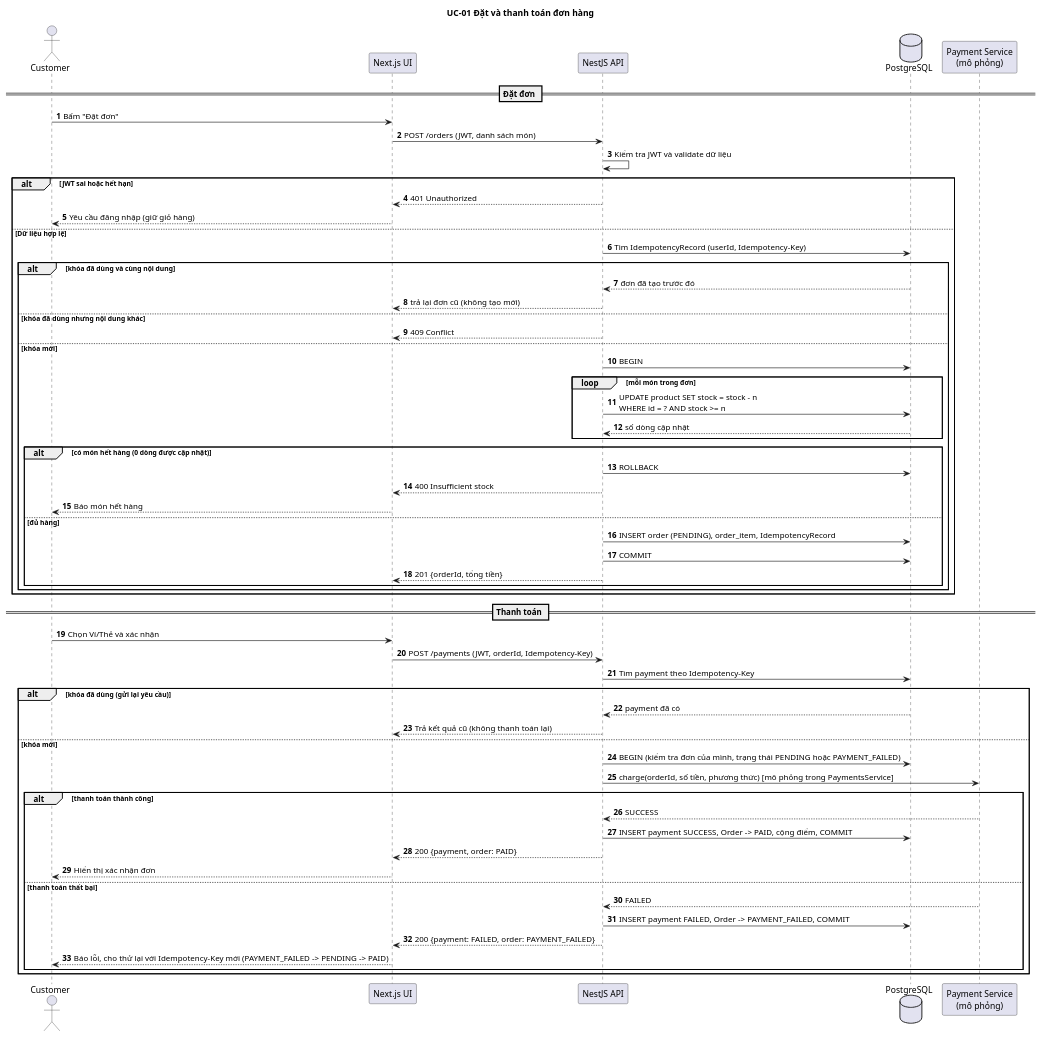
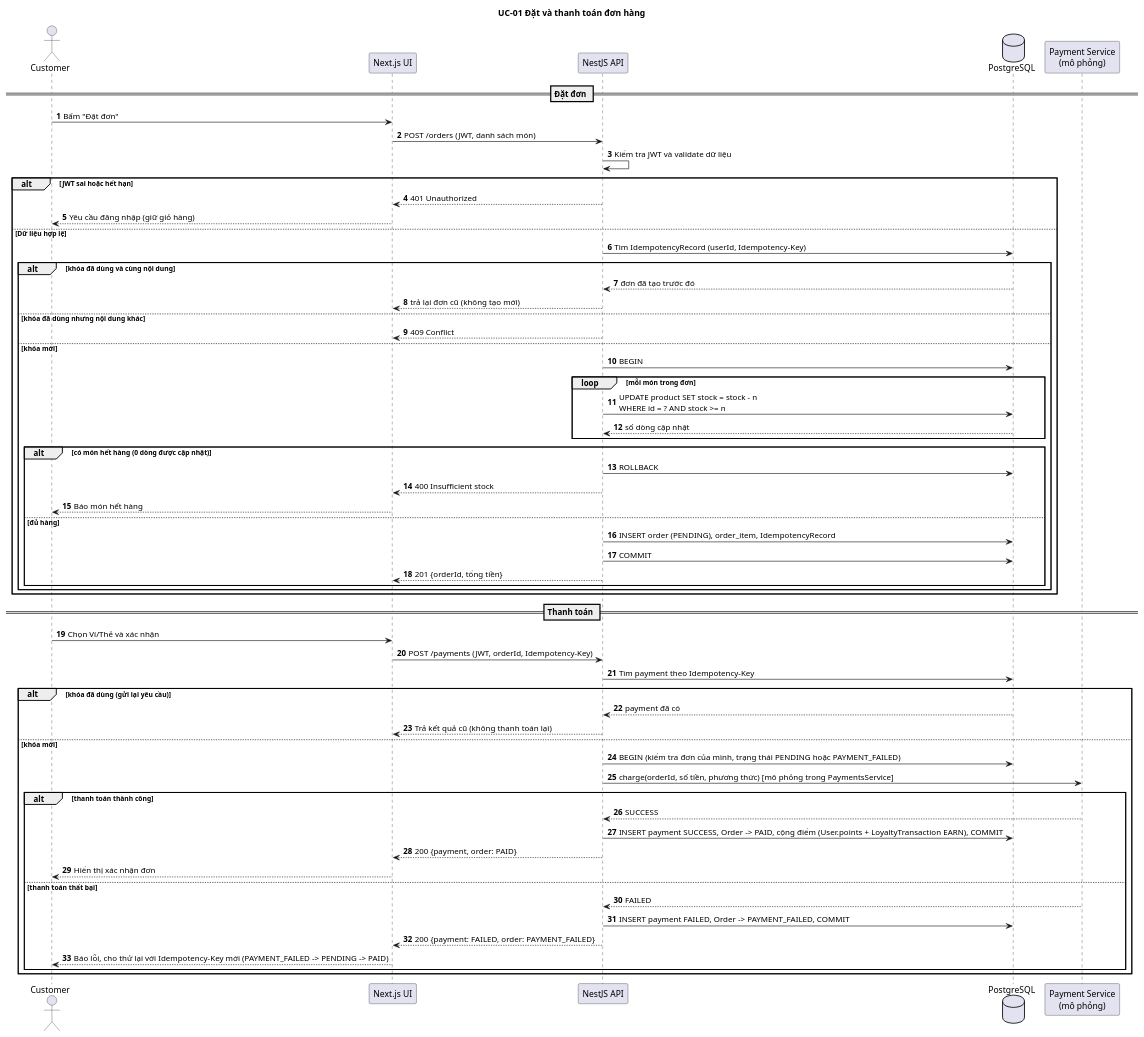
One commit to tthan-prog/BrewLite changed the diagram in docs/diagrams/sequence-checkout.puml. Above: the diagram before and after it, drawn with PlantUML. The commit also changed 25 other files, not shown here.

Commit message:
fix: bổ sung LoyaltyTransaction, use-case UC-01, test trạng thái menu và PWA manifest (đối chiếu đề A2)

```diff
--- a/docs/diagrams/sequence-checkout.puml
+++ b/docs/diagrams/sequence-checkout.puml
@@ -1,66 +1,66 @@
 @startuml sequence-checkout
 title UC-01 Đặt và thanh toán đơn hàng
 skinparam shadowing false
 autonumber
 
 actor Customer
 participant "Next.js UI" as UI
 participant "NestJS API" as API
 database "PostgreSQL" as DB
 participant "Payment Service\n(mô phỏng)" as PAY
 
 == Đặt đơn ==
 Customer -> UI : Bấm "Đặt đơn"
 UI -> API : POST /orders (JWT, danh sách món)
 API -> API : Kiểm tra JWT và validate dữ liệu
 alt JWT sai hoặc hết hạn
   API --> UI : 401 Unauthorized
   UI --> Customer : Yêu cầu đăng nhập (giữ giỏ hàng)
 else Dữ liệu hợp lệ
   API -> DB : Tìm IdempotencyRecord (userId, Idempotency-Key)
   alt khóa đã dùng và cùng nội dung
     DB --> API : đơn đã tạo trước đó
     API --> UI : trả lại đơn cũ (không tạo mới)
   else khóa đã dùng nhưng nội dung khác
     API --> UI : 409 Conflict
   else khóa mới
   API -> DB : BEGIN
   loop mỗi món trong đơn
     API -> DB : UPDATE product SET stock = stock - n\nWHERE id = ? AND stock >= n
     DB --> API : số dòng cập nhật
   end
   alt có món hết hàng (0 dòng được cập nhật)
     API -> DB : ROLLBACK
     API --> UI : 400 Insufficient stock
     UI --> Customer : Báo món hết hàng
   else đủ hàng
     API -> DB : INSERT order (PENDING), order_item, IdempotencyRecord
     API -> DB : COMMIT
     API --> UI : 201 {orderId, tổng tiền}
   end
   end
 end
 
 == Thanh toán ==
 Customer -> UI : Chọn Ví/Thẻ và xác nhận
 UI -> API : POST /payments (JWT, orderId, Idempotency-Key)
 API -> DB : Tìm payment theo Idempotency-Key
 alt khóa đã dùng (gửi lại yêu cầu)
   DB --> API : payment đã có
   API --> UI : Trả kết quả cũ (không thanh toán lại)
 else khóa mới
   API -> DB : BEGIN (kiểm tra đơn của mình, trạng thái PENDING hoặc PAYMENT_FAILED)
   API -> PAY : charge(orderId, số tiền, phương thức) [mô phỏng trong PaymentsService]
   alt thanh toán thành công
     PAY --> API : SUCCESS
-    API -> DB : INSERT payment SUCCESS, Order -> PAID, cộng điểm, COMMIT
+    API -> DB : INSERT payment SUCCESS, Order -> PAID, cộng điểm (User.points + LoyaltyTransaction EARN), COMMIT
     API --> UI : 200 {payment, order: PAID}
     UI --> Customer : Hiển thị xác nhận đơn
   else thanh toán thất bại
     PAY --> API : FAILED
     API -> DB : INSERT payment FAILED, Order -> PAYMENT_FAILED, COMMIT
     API --> UI : 200 {payment: FAILED, order: PAYMENT_FAILED}
     UI --> Customer : Báo lỗi, cho thử lại với Idempotency-Key mới (PAYMENT_FAILED -> PENDING -> PAID)
   end
 end
 @enduml
```
